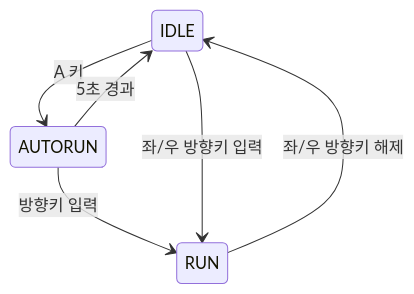
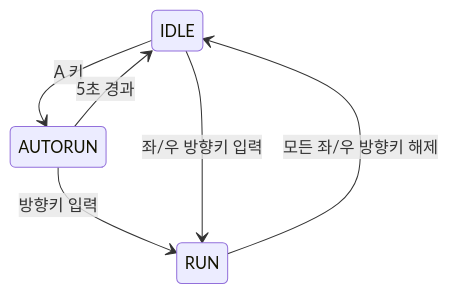
One commit to R32GTT/2023180002-DRILL11 changed the diagram in PRD.md. Above: the diagram before and after it, drawn with Mermaid. The commit also changed other lines of this file, not shown here.

Commit message:
문서: RUN 방향키 해제 기준 명확화

````diff
--- a/PRD.md
+++ b/PRD.md
@@ -18,8 +18,8 @@
 ```mermaid
 stateDiagram-v2
     IDLE --> AUTORUN: A 키
     AUTORUN --> IDLE: 5초 경과
     AUTORUN --> RUN: 방향키 입력
     IDLE --> RUN: 좌/우 방향키 입력
-    RUN --> IDLE: 좌/우 방향키 해제
+    RUN --> IDLE: 모든 좌/우 방향키 해제
 ```
````
